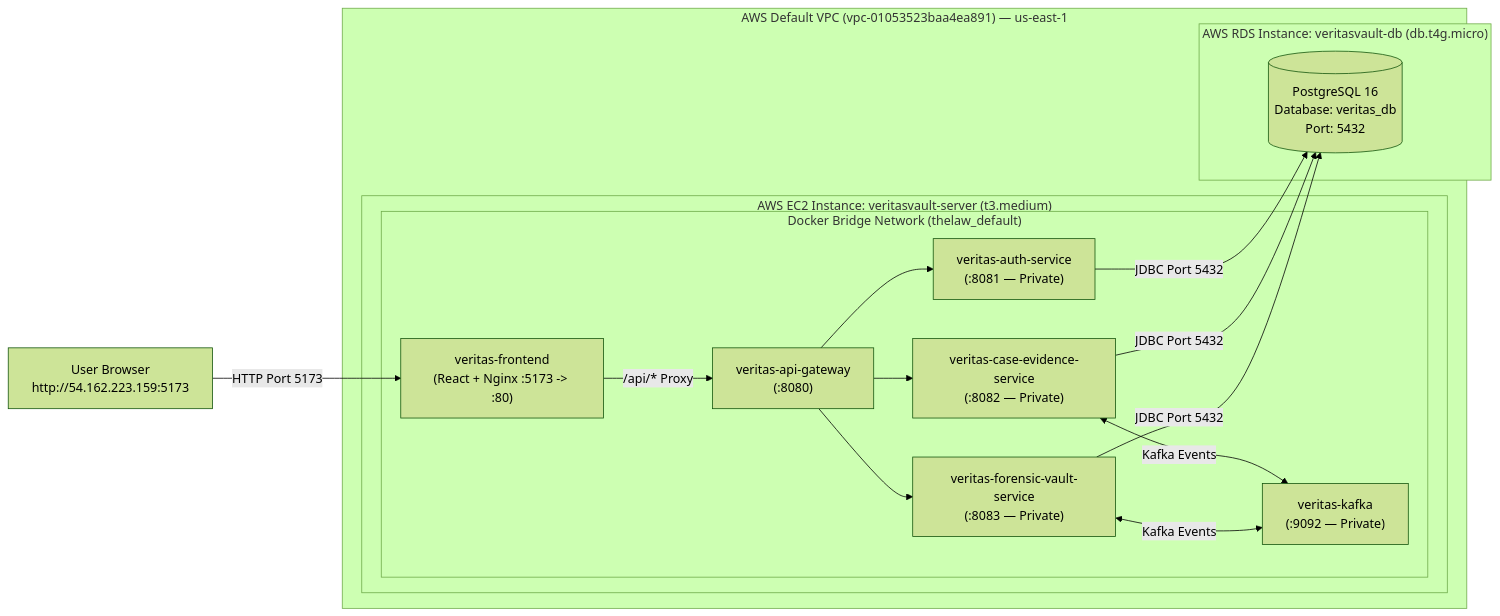
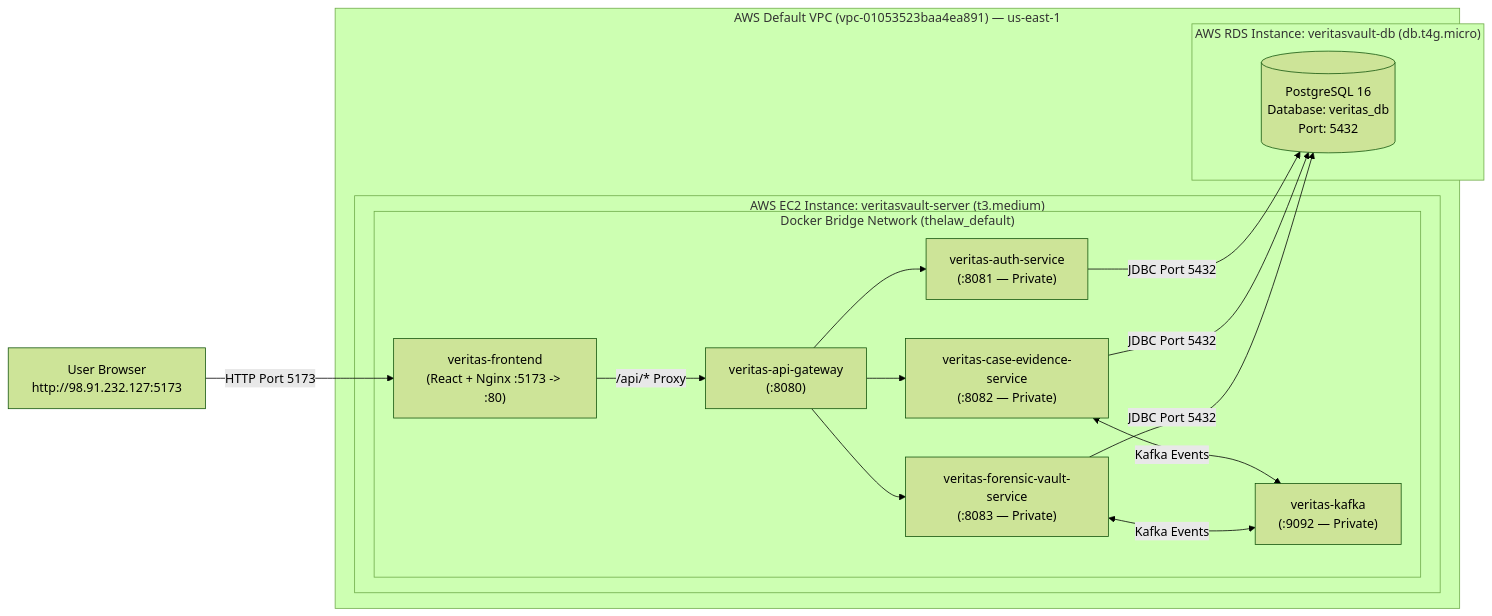
Before and after one commit to Nightowl-ops/THELaw: the diagram in AWS_DEPLOYMENT_GUIDE.md, drawn with Mermaid (forest theme). The commit also changed other lines of this file and 2 other files, not shown here.

Commit message:
updating the ip address (new public id )

````diff
--- a/AWS_DEPLOYMENT_GUIDE.md
+++ b/AWS_DEPLOYMENT_GUIDE.md
@@ -9,28 +9,28 @@
 ```mermaid
 flowchart LR
-    Browser["User Browser\nhttp://54.162.223.159:5173"]
+    Browser["User Browser\nhttp://98.91.232.127:5173"]
 
     subgraph VPC["AWS Default VPC (vpc-01053523baa4ea891) — us-east-1"]
         subgraph EC2["AWS EC2 Instance: veritasvault-server (t3.medium)"]
             subgraph Docker["Docker Bridge Network (thelaw_default)"]
                 FE["veritas-frontend\n(React + Nginx :5173 -> :80)"]
                 GW["veritas-api-gateway\n(:8080)"]
                 AUTH["veritas-auth-service\n(:8081 — Private)"]
                 CASE["veritas-case-evidence-service\n(:8082 — Private)"]
                 FORENSIC["veritas-forensic-vault-service\n(:8083 — Private)"]
                 KAFKA["veritas-kafka\n(:9092 — Private)"]
             end
         end
 
         subgraph RDS["AWS RDS Instance: veritasvault-db (db.t4g.micro)"]
             PG[("PostgreSQL 16\nDatabase: veritas_db\nPort: 5432")]
         end
     end
 
     Browser -->|"HTTP Port 5173"| FE
     FE -->|"/api/* Proxy"| GW
     GW --> AUTH & CASE & FORENSIC
     CASE <-->|"Kafka Events"| KAFKA
     FORENSIC <-->|"Kafka Events"| KAFKA
     AUTH & CASE & FORENSIC -->|"JDBC Port 5432"| PG
 ```
````
